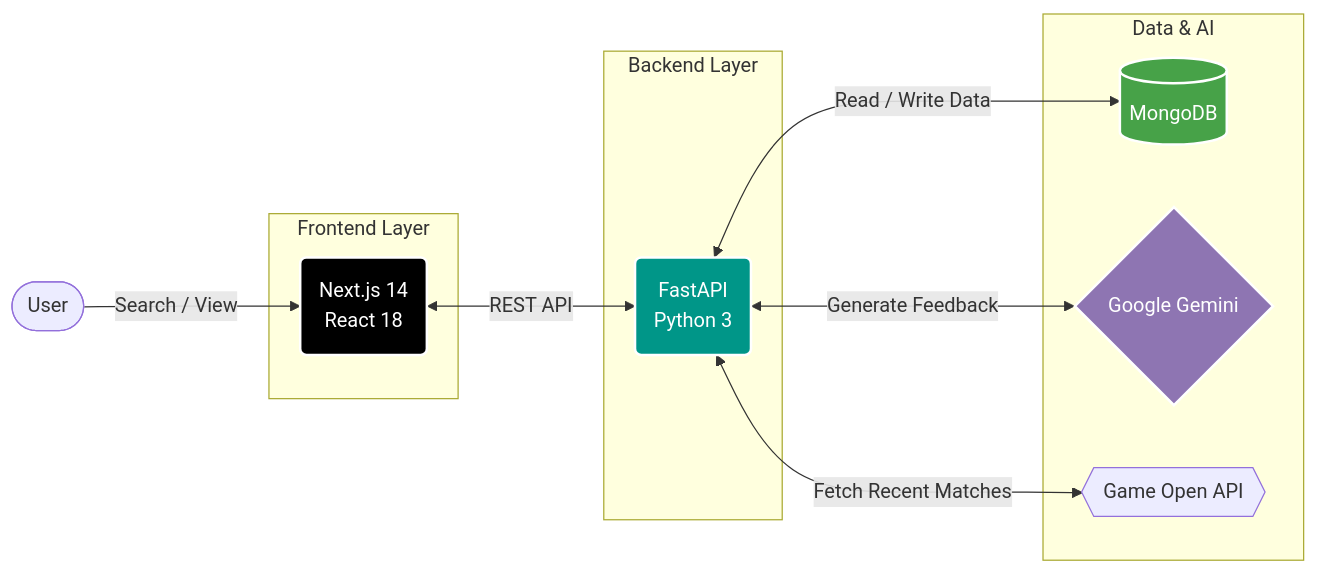
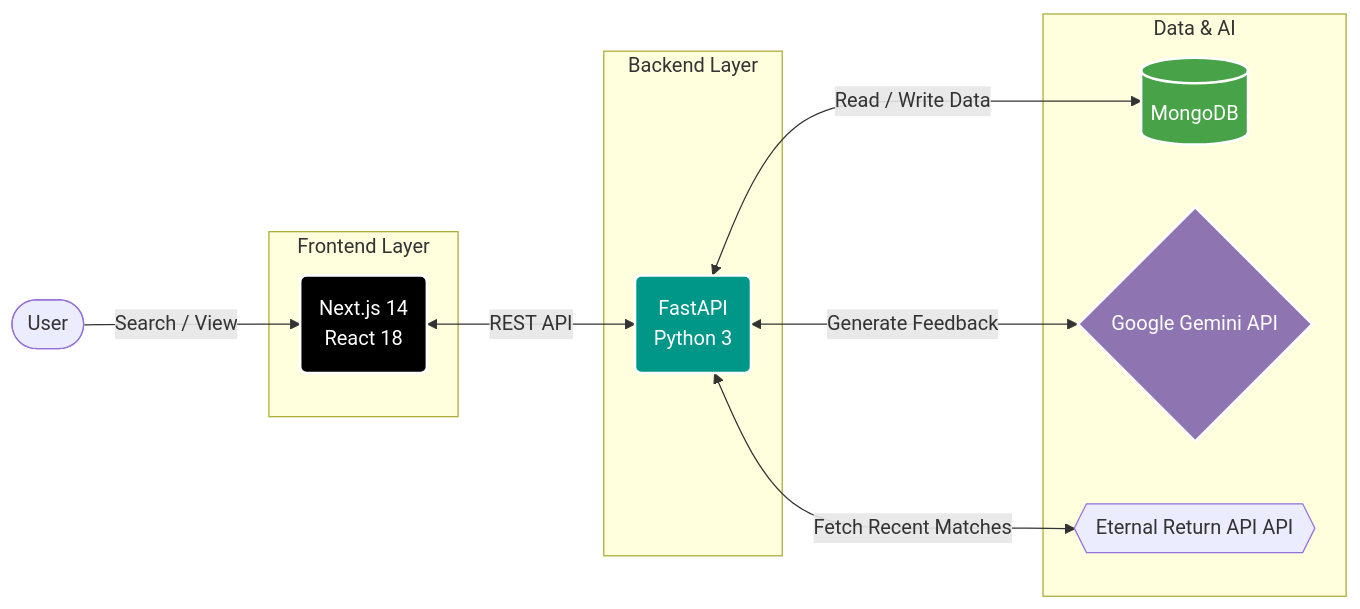
Before and after one commit to cistus75/er_public: the diagram in README.md, drawn with Mermaid.

Commit message:
docs: 아키텍처 api 이름 명확하게 변경

````diff
--- a/README.md
+++ b/README.md
@@ -37,33 +37,33 @@
 ```mermaid
 graph LR
     User([User]) -->|Search / View| Frontend
     
     subgraph Vercel [Frontend Layer]
         Frontend(Next.js 14<br/>React 18)
     end
     
     subgraph Render [Backend Layer]
         Backend(FastAPI<br/>Python 3)
     end
     
     subgraph Data & AI
         DB[(MongoDB)]
-        Gemini{Google Gemini}
-        ER_API{{Game Open API}}
+        Gemini{Google Gemini API}
+        ER_API{{Eternal Return API API}}
     end
     
     Frontend <-->|REST API| Backend
     Backend <-->|Fetch Recent Matches| ER_API
     Backend <-->|Read / Write Data| DB
     Backend <-->|Generate Feedback| Gemini
     
     classDef frontend fill:#000,stroke:#fff,stroke-width:2px,color:#fff;
     classDef backend fill:#009688,stroke:#fff,stroke-width:2px,color:#fff;
     classDef db fill:#47A248,stroke:#fff,stroke-width:2px,color:#fff;
     classDef ai fill:#8E75B2,stroke:#fff,stroke-width:2px,color:#fff;
     
     class Frontend frontend;
     class Backend backend;
     class DB db;
     class Gemini ai;
 ```
````
